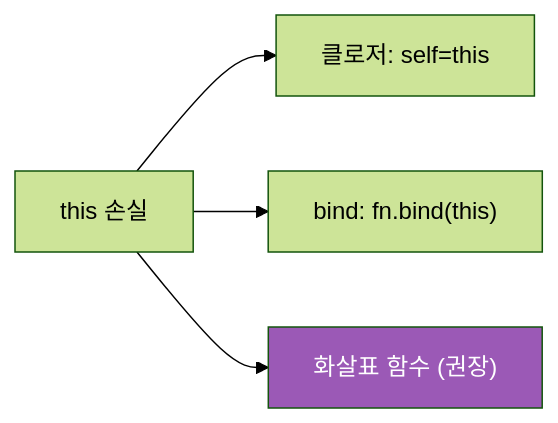
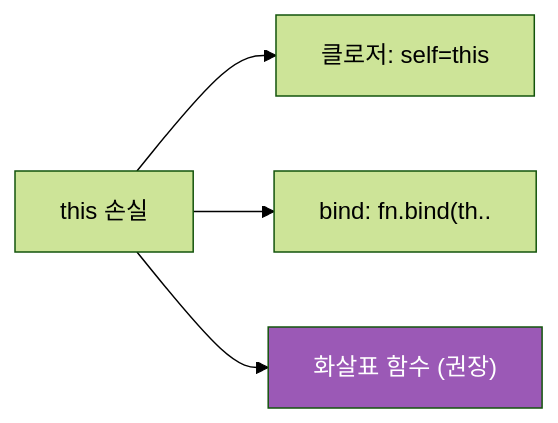
Before and after one commit to yjkim2015/yjkim2015.github.io: the sixth of 7 diagrams in _posts/frontend/2026-05-02-js-this-binding.md, drawn with Mermaid (forest theme). The commit also changed other lines of this file and 149 other files, not shown here.

First line of the commit message:
Mermaid 가독성 개선: 라벨 축약, 노드 축소, TD→LR 변환

````diff
--- a/_posts/frontend/2026-05-02-js-this-binding.md
+++ b/_posts/frontend/2026-05-02-js-this-binding.md
@@ -461,7 +460,7 @@
 ```mermaid
 graph LR
     PROBLEM["this 손실"] --> P1["클로저: self=this"]
-    PROBLEM --> P2["bind: fn.bind(this)"]
+    PROBLEM --> P2["bind: fn.bind(th.."]
     PROBLEM --> P3["화살표 함수 (권장)"]
     style P3 fill:#9b59b6,color:#fff
 ```
````
